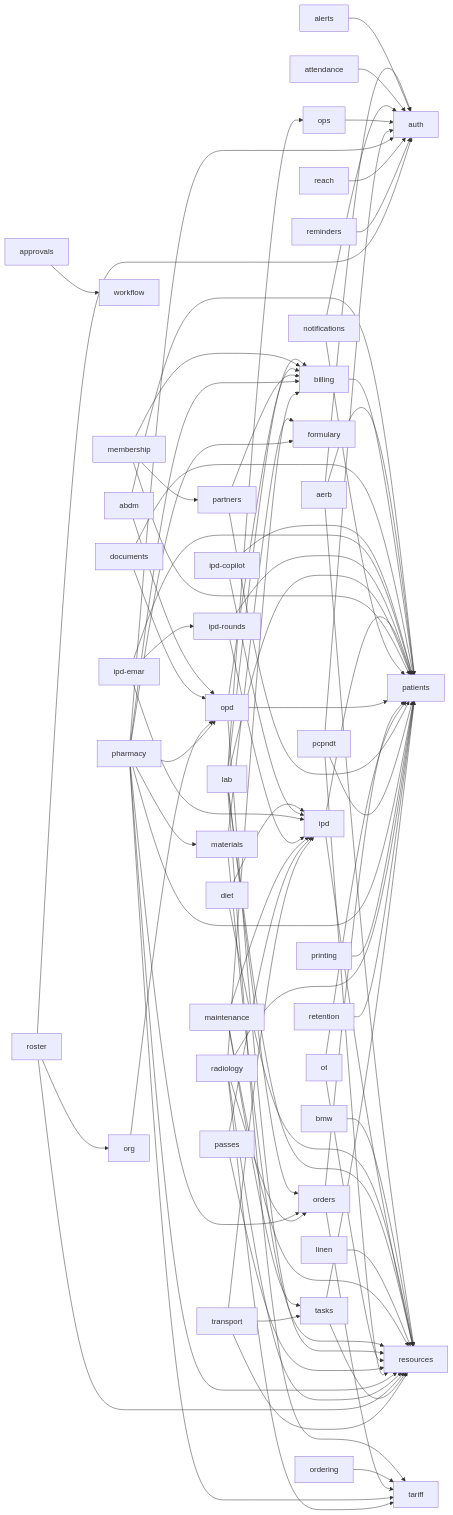
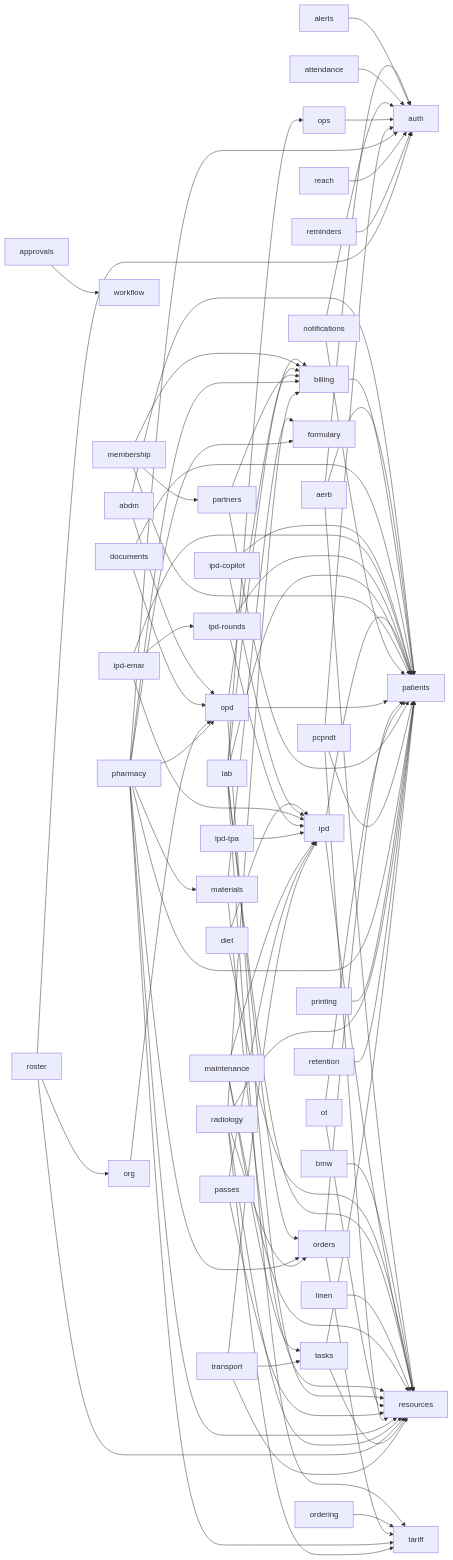
One commit to ankits3a/hims-hmis changed the diagram in docs/architecture/schema.md. Above: the diagram before and after it, drawn with Mermaid. The commit also changed other lines of this file and 15 other files, not shown here.

First line of the commit message:
feat(web): TPA desk board /ipd/tpa and the TPA panel on the bill page, en + hi (Refs #604)

```diff
--- a/docs/architecture/schema.md
+++ b/docs/architecture/schema.md
@@ -33,6 +33,7 @@
   ipd_emar[ipd-emar] --> patients[patients]
   ipd_rounds[ipd-rounds] --> ipd[ipd]
   ipd_rounds[ipd-rounds] --> patients[patients]
+  ipd_tpa[ipd-tpa] --> ipd[ipd]
   ipd[ipd] --> patients[patients]
   ipd[ipd] --> resources[resources]
   lab[lab] --> billing[billing]
```
